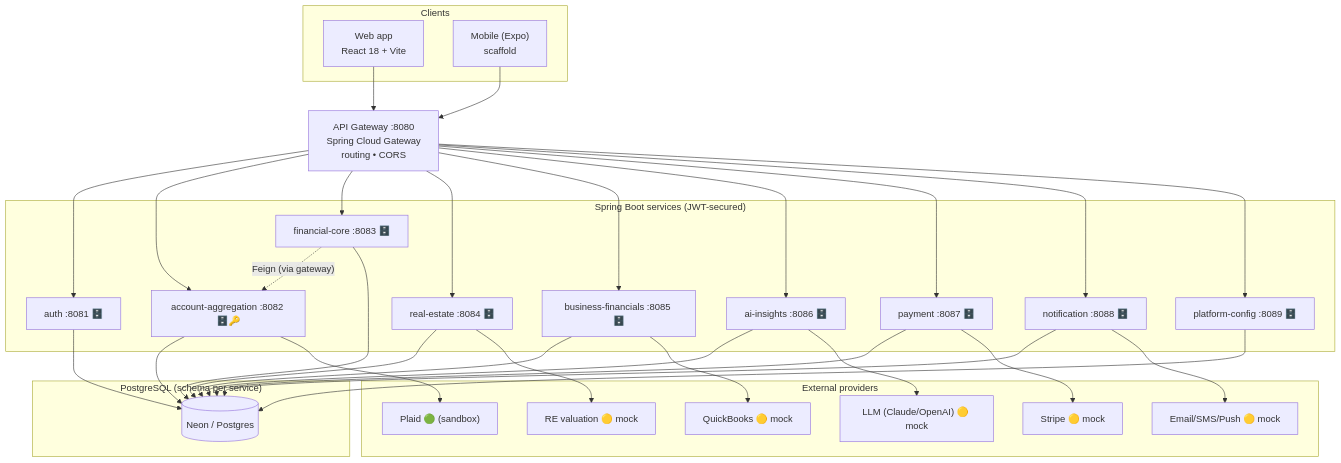
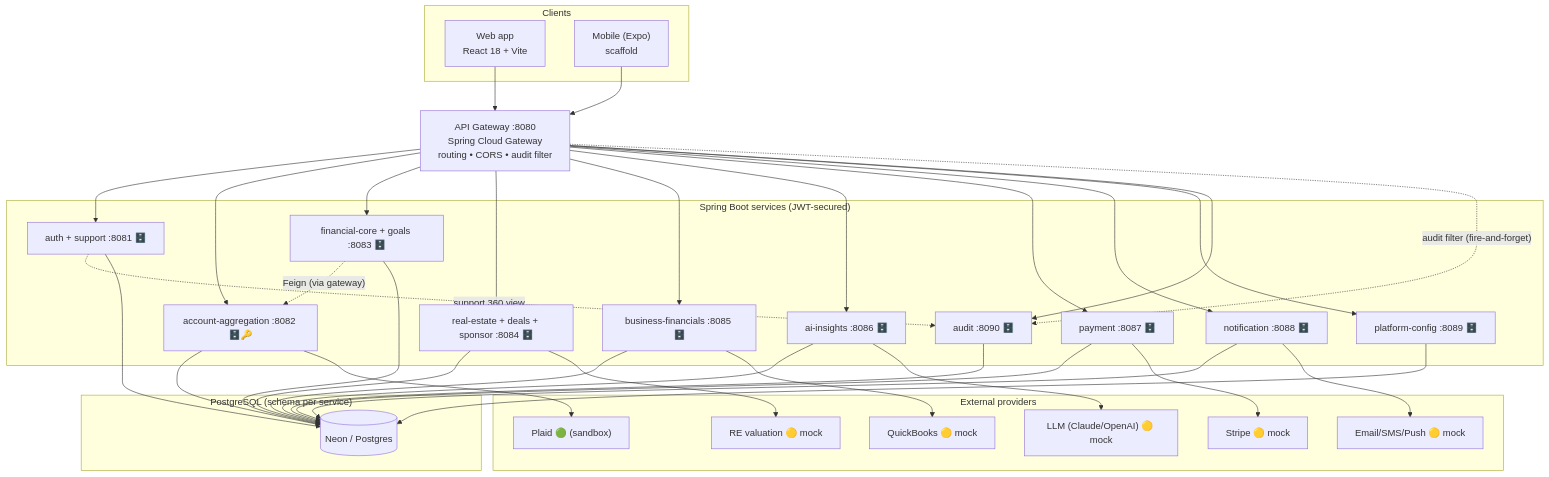
The first of 3 diagrams in docs/workflows/01-high-level-architecture.md (vadlapatlasuresh/my-wealth-management), drawn with Mermaid before and after one commit. The commit also changed other lines of this file and 195 other files, not shown here.

````diff
--- a/docs/workflows/01-high-level-architecture.md
+++ b/docs/workflows/01-high-level-architecture.md
@@ -9,49 +15,52 @@
 ```mermaid
 flowchart TB
     subgraph Clients
         WEB["Web app<br/>React 18 + Vite"]
         MOB["Mobile (Expo)<br/>scaffold"]
     end
 
-    GW["API Gateway :8080<br/>Spring Cloud Gateway<br/>routing • CORS"]
+    GW["API Gateway :8080<br/>Spring Cloud Gateway<br/>routing • CORS • audit filter"]
 
     subgraph Services["Spring Boot services (JWT-secured)"]
-        AUTH["auth :8081 🗄️"]
+        AUTH["auth + support :8081 🗄️"]
         AGG["account-aggregation :8082 🗄️🔑"]
-        CORE["financial-core :8083 🗄️"]
-        RE["real-estate :8084 🗄️"]
+        CORE["financial-core + goals :8083 🗄️"]
+        RE["real-estate + deals + sponsor :8084 🗄️"]
         BIZ["business-financials :8085 🗄️"]
         AI["ai-insights :8086 🗄️"]
         PAY["payment :8087 🗄️"]
         NOTIF["notification :8088 🗄️"]
         CFG["platform-config :8089 🗄️"]
+        AUD["audit :8090 🗄️"]
     end
 
     subgraph Data["PostgreSQL (schema per service)"]
         DB[("Neon / Postgres")]
     end
 
     subgraph External["External providers"]
         PLAID["Plaid 🟢 (sandbox)"]
         STRIPE["Stripe 🟡 mock"]
         QBO["QuickBooks 🟡 mock"]
         LLM["LLM (Claude/OpenAI) 🟡 mock"]
         REVAL["RE valuation 🟡 mock"]
         COMMS["Email/SMS/Push 🟡 mock"]
     end
 
     WEB --> GW
     MOB --> GW
-    GW --> AUTH & AGG & CORE & RE & BIZ & AI & PAY & NOTIF & CFG
+    GW --> AUTH & AGG & CORE & RE & BIZ & AI & PAY & NOTIF & CFG & AUD
 
     CORE -. "Feign (via gateway)" .-> AGG
+    AUTH -. "support 360 view" .-> AUD
+    GW -. "audit filter (fire-and-forget)" .-> AUD
 
-    AUTH & AGG & CORE & RE & BIZ & AI & PAY & NOTIF & CFG --> DB
+    AUTH & AGG & CORE & RE & BIZ & AI & PAY & NOTIF & CFG & AUD --> DB
 
     AGG --> PLAID
     PAY --> STRIPE
     BIZ --> QBO
     AI --> LLM
     RE --> REVAL
     NOTIF --> COMMS
 ```
````
